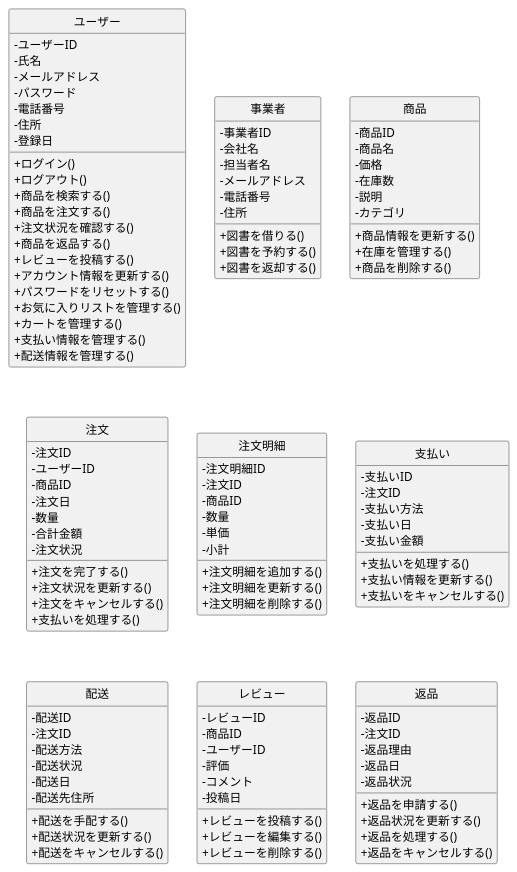
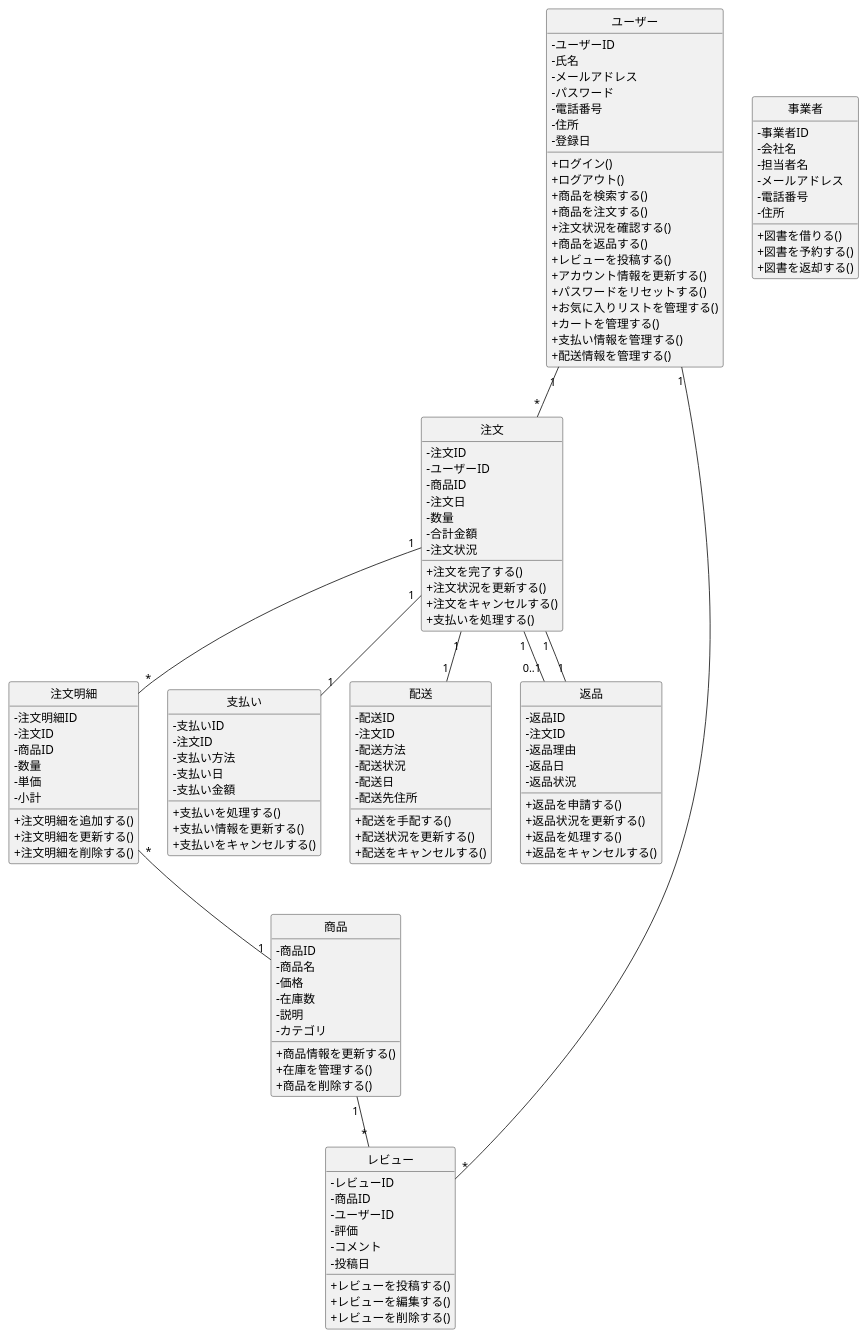
One commit to ogatasyuto/ohara_uml changed the diagram in group/exam1-2_3_4/class.pu. Above: the diagram before and after it, drawn with PlantUML.

```diff
--- a/group/exam1-2_3_4/class.pu
+++ b/group/exam1-2_3_4/class.pu
@@ -1,131 +1,142 @@
 @startuml BBショップ注文管理システムクラス図
 skinparam classAttributeIconSize 0
 hide circle
 
 class ユーザー {
 - ユーザーID
 - 氏名
 - メールアドレス
 - パスワード
 - 電話番号
 - 住所
 - 登録日
 
 + ログイン()
 + ログアウト()
 + 商品を検索する()
 + 商品を注文する()
 + 注文状況を確認する()
 + 商品を返品する()
 + レビューを投稿する()
 + アカウント情報を更新する()
 + パスワードをリセットする()
 + お気に入りリストを管理する()
 + カートを管理する()
 + 支払い情報を管理する()
 + 配送情報を管理する()
 }
 
 class 事業者 {
 - 事業者ID
 - 会社名
 - 担当者名
 - メールアドレス
 - 電話番号
 - 住所
 
 
 + 図書を借りる()
 + 図書を予約する()
 + 図書を返却する()
 }
 
 class 商品 {
 - 商品ID
 - 商品名
 - 価格
 - 在庫数
 - 説明
 - カテゴリ
 + 商品情報を更新する()
 + 在庫を管理する()
 + 商品を削除する()
 }
 
 class 注文 {
 - 注文ID
 - ユーザーID
 - 商品ID
 - 注文日
 - 数量
 - 合計金額
 - 注文状況
 
 + 注文を完了する()
 + 注文状況を更新する()
 + 注文をキャンセルする()
 + 支払いを処理する()
 }
 
 class 注文明細 {
 - 注文明細ID
 - 注文ID
 - 商品ID
 - 数量
 - 単価
 - 小計
 
 + 注文明細を追加する()
 + 注文明細を更新する()
 + 注文明細を削除する()
 }
 
 class 支払い {
 - 支払いID
 - 注文ID
 - 支払い方法
 - 支払い日
 - 支払い金額
 + 支払いを処理する()
 + 支払い情報を更新する()
 + 支払いをキャンセルする()
 }
 
 class 配送 {
 - 配送ID
 - 注文ID
 - 配送方法
 - 配送状況
 - 配送日
 - 配送先住所
 
 + 配送を手配する()
 + 配送状況を更新する()
 + 配送をキャンセルする()
 }
 class レビュー {
 - レビューID
 - 商品ID
 - ユーザーID
 - 評価
 - コメント
 - 投稿日
 + レビューを投稿する()
 + レビューを編集する()
 + レビューを削除する()
 }
 
 class 返品 {
 - 返品ID
 - 注文ID
 - 返品理由
 - 返品日
 - 返品状況
 
 + 返品を申請する()
 + 返品状況を更新する()
 + 返品を処理する()
 + 返品をキャンセルする()
 }
 
+' 関係
+ユーザー "1"-- "*" 注文
+注文 "1"-- "*" 注文明細
+注文明細 "*"-- "1" 商品
+ユーザー "1"-- "*" レビュー
+商品 "1"-- "*" レビュー
+注文 "1"-- "1" 支払い
+注文 "1"-- "1" 配送
+注文 "1"-- "0..1" 返品
+返品 "1"-- "1" 注文
+
 @enduml
```
